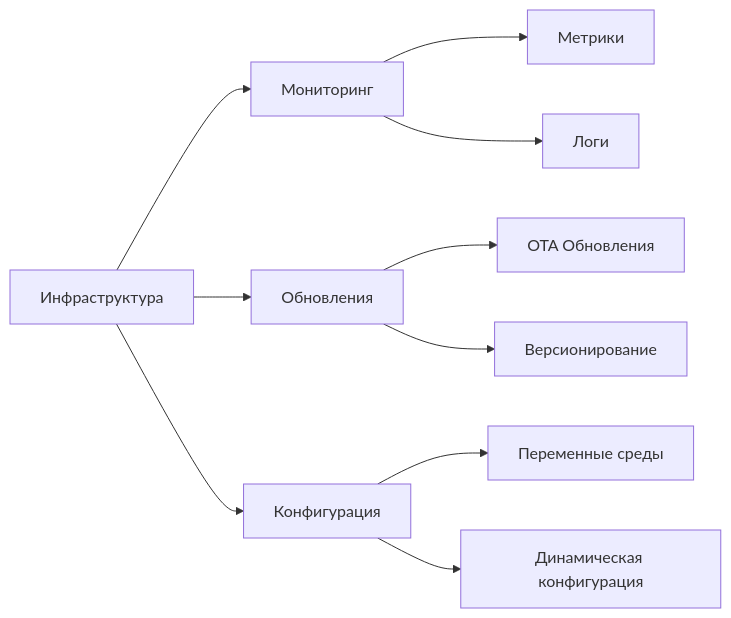
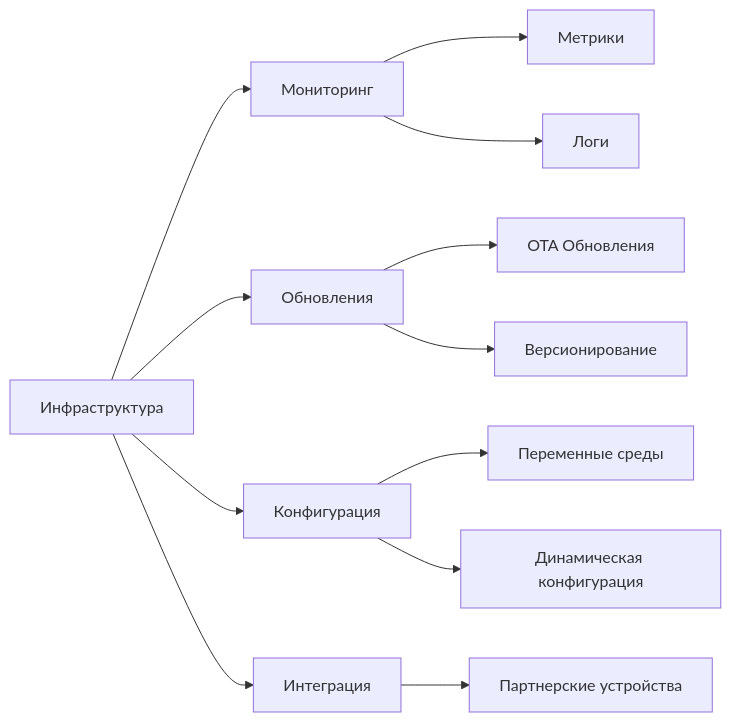
One commit to AdamCage/warmhouse changed the seventh of 9 diagrams in README.md. Above: the diagram before and after it, drawn with Mermaid. The commit also changed other lines of this file and 21 other files, not shown here.

````diff
--- a/README.md
+++ b/README.md
@@ -244,15 +199,19 @@
 ```mermaid
 graph LR
     A[Инфраструктура] --> B[Мониторинг]
     A --> C[Обновления]
     A --> D[Конфигурация]
+    A --> K[Интеграция]
     
     B --> E[Метрики]
     B --> F[Логи]
     
     C --> G[OTA Обновления]
     C --> H[Версионирование]
     
     D --> I[Переменные среды]
     D --> J[Динамическая конфигурация]
+
+    K --> O[Партнерские устройства]
+    
 ```
````
